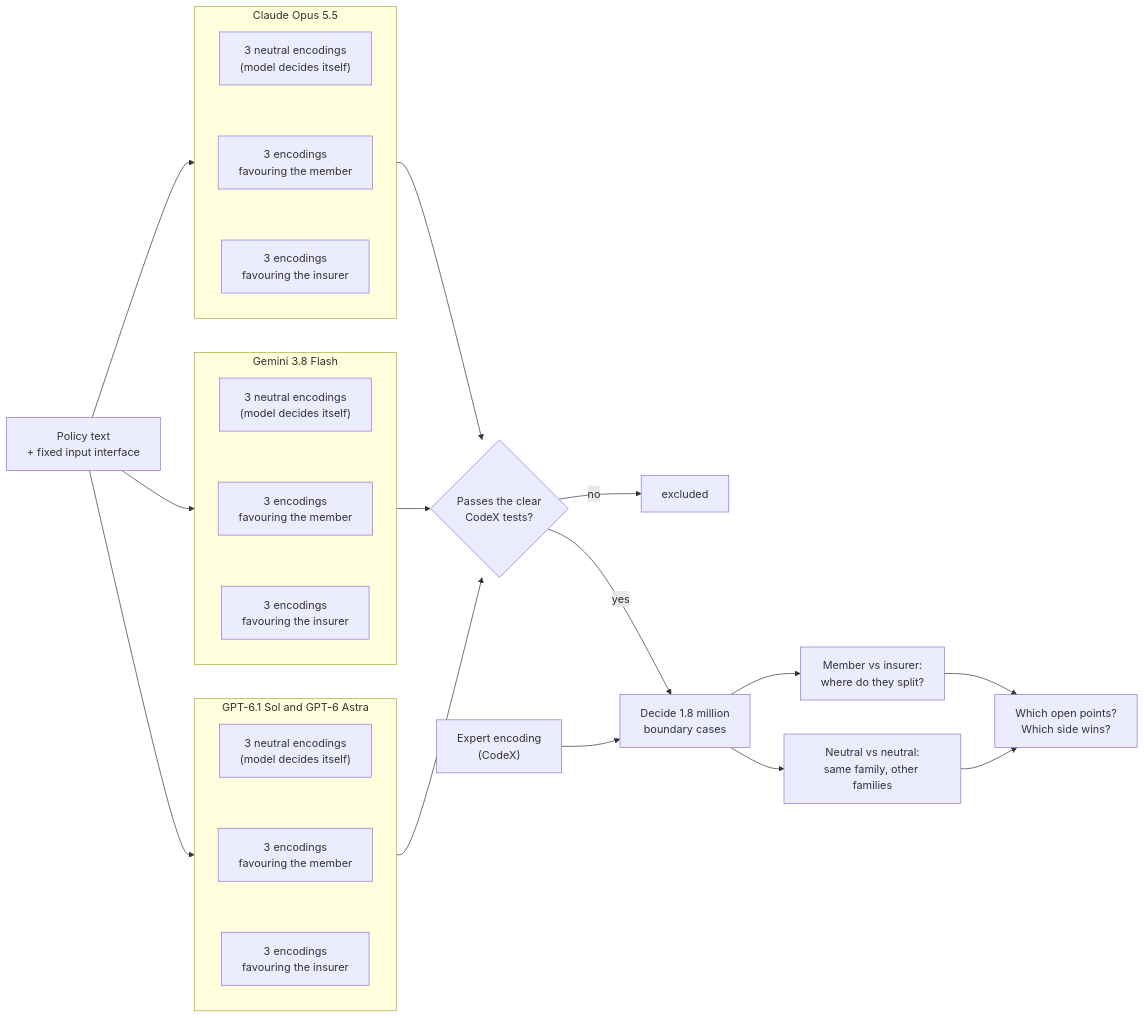
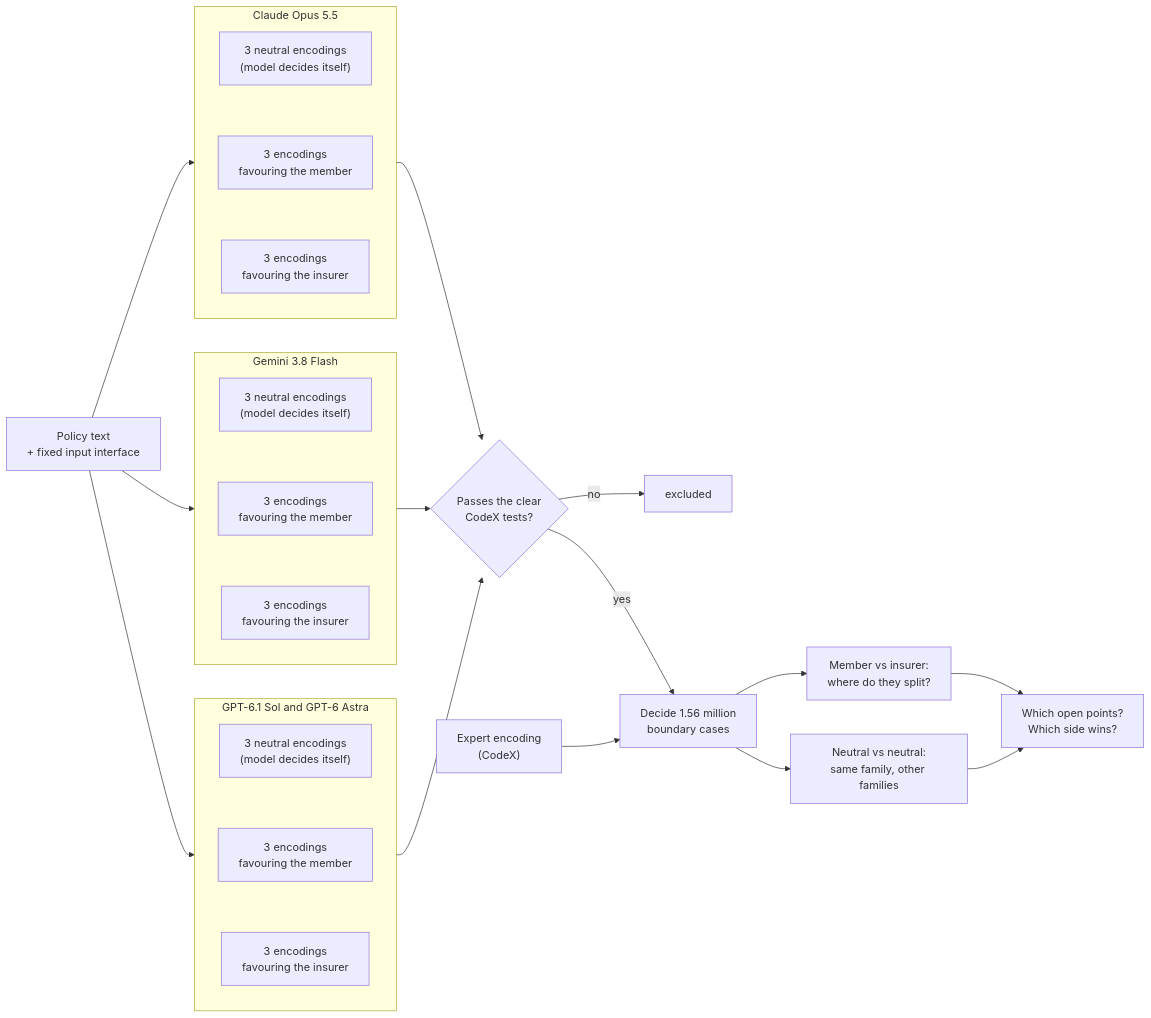
The diagram in README.md (mert-ayv/what-disagreement-cannot-see-pilot), drawn with Mermaid before and after one commit. The commit also changed other lines of this file and 3 other files, not shown here.

````diff
--- a/README.md
+++ b/README.md
@@ -49,34 +73,34 @@
 ```mermaid
 flowchart LR
     T["Policy text<br/>+ fixed input interface"]
     subgraph C["Claude Opus 5.5"]
         direction TB
         C1["3 neutral encodings<br/>(model decides itself)"]
         C2["3 encodings<br/>favouring the member"]
         C3["3 encodings<br/>favouring the insurer"]
         C1 ~~~ C2 ~~~ C3
     end
     subgraph G["Gemini 3.8 Flash"]
         direction TB
         G1["3 neutral encodings<br/>(model decides itself)"]
         G2["3 encodings<br/>favouring the member"]
         G3["3 encodings<br/>favouring the insurer"]
         G1 ~~~ G2 ~~~ G3
     end
     subgraph O["GPT-6.1 Sol and GPT-6 Astra"]
         direction TB
         O1["3 neutral encodings<br/>(model decides itself)"]
         O2["3 encodings<br/>favouring the member"]
         O3["3 encodings<br/>favouring the insurer"]
         O1 ~~~ O2 ~~~ O3
     end
     T --> C & G & O
     C & G & O --> A{"Passes the clear<br/>CodeX tests?"}
     A -- "no" --> X["excluded"]
-    A -- "yes" --> R["Decide 1.8 million<br/>boundary cases"]
+    A -- "yes" --> R["Decide 1.56 million<br/>boundary cases"]
     E["Expert encoding<br/>(CodeX)"] --> R
     R --> M1["Member vs insurer:<br/>where do they split?"]
     R --> M2["Neutral vs neutral:<br/>same family, other families"]
     M1 --> P["Which open points?<br/>Which side wins?"]
     M2 --> P
 ```
````
